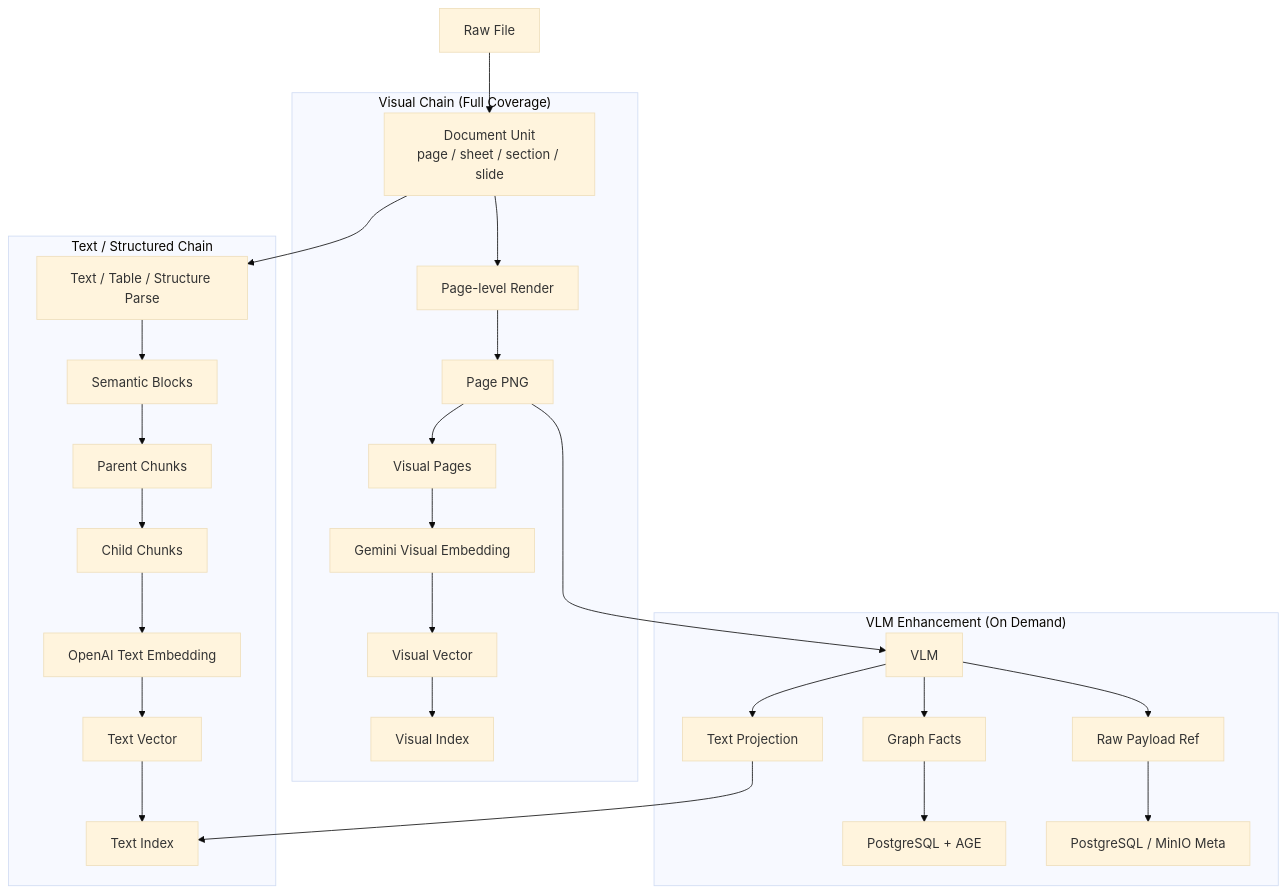
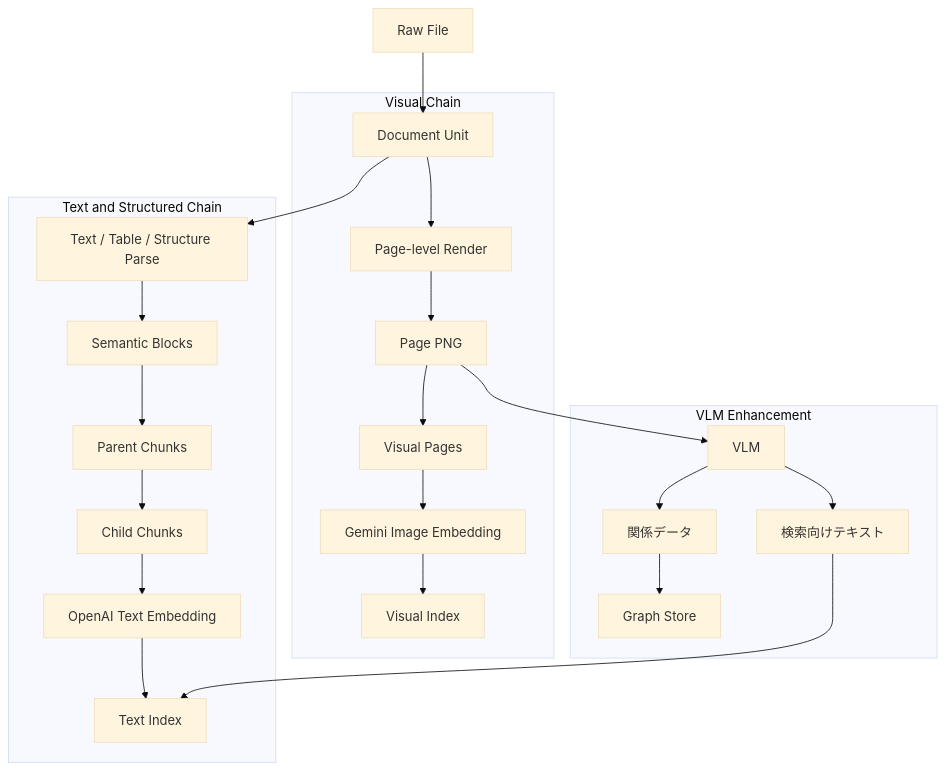
One commit to tiand23/AIKnowledgeBaseNew changed the second of 9 diagrams in README_ja.md. Above: the diagram before and after it, drawn with Mermaid (base theme). The commit also changed other lines of this file and 2 other files, not shown here.

````diff
--- a/README_ja.md
+++ b/README_ja.md
@@ -101,57 +111,49 @@
 ```mermaid
 flowchart TD
     F["Raw File"]
-    DU["Document Unit\npage / sheet / section / slide"]
+    DU["Document Unit"]
 
     F --> DU
 
-    subgraph VIS["Visual Chain (Full Coverage)"]
+    subgraph VIS["Visual Chain"]
         R["Page-level Render"]
         PNG["Page PNG"]
         VP["Visual Pages"]
-        GVE["Gemini Visual Embedding"]
-        VV["Visual Vector"]
+        VE["Gemini Image Embedding"]
         VI["Visual Index"]
 
         DU --> R
         R --> PNG
         PNG --> VP
-        VP --> GVE
-        GVE --> VV
-        VV --> VI
+        VP --> VE
+        VE --> VI
     end
 
-    subgraph TXT["Text / Structured Chain"]
+    subgraph TXT["Text and Structured Chain"]
         P["Text / Table / Structure Parse"]
         SB["Semantic Blocks"]
         PC["Parent Chunks"]
         CC["Child Chunks"]
-        OTE["OpenAI Text Embedding"]
-        TV["Text Vector"]
+        TE["OpenAI Text Embedding"]
         TI["Text Index"]
 
         DU --> P
         P --> SB
         SB --> PC
         PC --> CC
-        CC --> OTE
-        OTE --> TV
-        TV --> TI
+        CC --> TE
+        TE --> TI
     end
 
-    subgraph ENH["VLM Enhancement (On Demand)"]
-        VLM2["VLM"]
-        TP["Text Projection"]
-        GF["Graph Facts"]
-        RAW["Raw Payload Ref"]
+    subgraph ENH["VLM Enhancement"]
+        VLM["VLM"]
+        TP["検索向けテキスト"]
+        GF["関係データ"]
 
-        PNG --> VLM2
-        VLM2 --> TP
-        VLM2 --> GF
-        VLM2 --> RAW
-
+        PNG --> VLM
+        VLM --> TP
+        VLM --> GF
         TP --> TI
-        GF --> AGE2["PostgreSQL + AGE"]
-        RAW --> META["PostgreSQL / MinIO Meta"]
+        GF --> GS["Graph Store"]
     end
 ```
````
